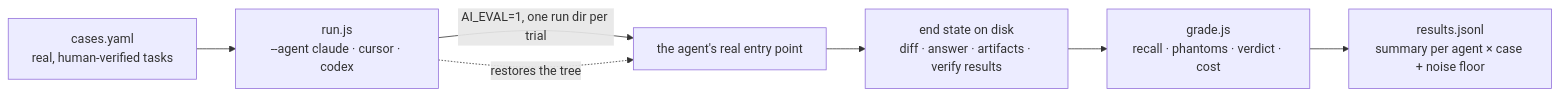
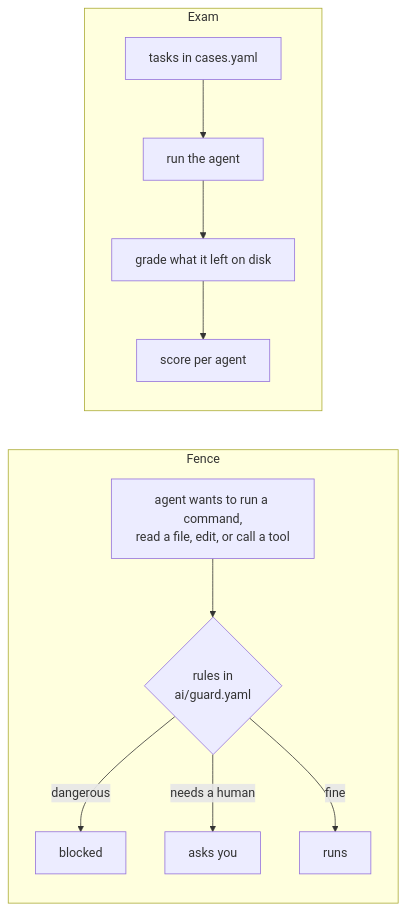
The diagram in README.md (mohamedma872/ai-agent-workflow-kit), drawn with Mermaid before and after one commit. The commit also changed other lines of this file and 1 other file, not shown here.

````diff
--- a/README.md
+++ b/README.md
@@ -97,9 +27,12 @@
 ```mermaid
 flowchart LR
-    C[cases.yaml<br/>real, human-verified tasks] --> R[run.js<br/>--agent claude · cursor · codex]
-    R -->|AI_EVAL=1, one run dir per trial| A[the agent's real entry point]
-    A --> S[end state on disk<br/>diff · answer · artifacts · verify results]
-    S --> G[grade.js<br/>recall · phantoms · verdict · cost]
-    G --> L[results.jsonl<br/>summary per agent × case + noise floor]
-    R -.restores the tree.-> A
+    subgraph Fence
+        A[agent wants to run a command,<br/>read a file, edit, or call a tool] --> F{rules in<br/>ai/guard.yaml}
+        F -->|dangerous| B[blocked]
+        F -->|needs a human| K[asks you]
+        F -->|fine| OK[runs]
+    end
+    subgraph Exam
+        C[tasks in cases.yaml] --> R[run the agent] --> G[grade what it left on disk] --> S[score per agent]
+    end
 ```
````
